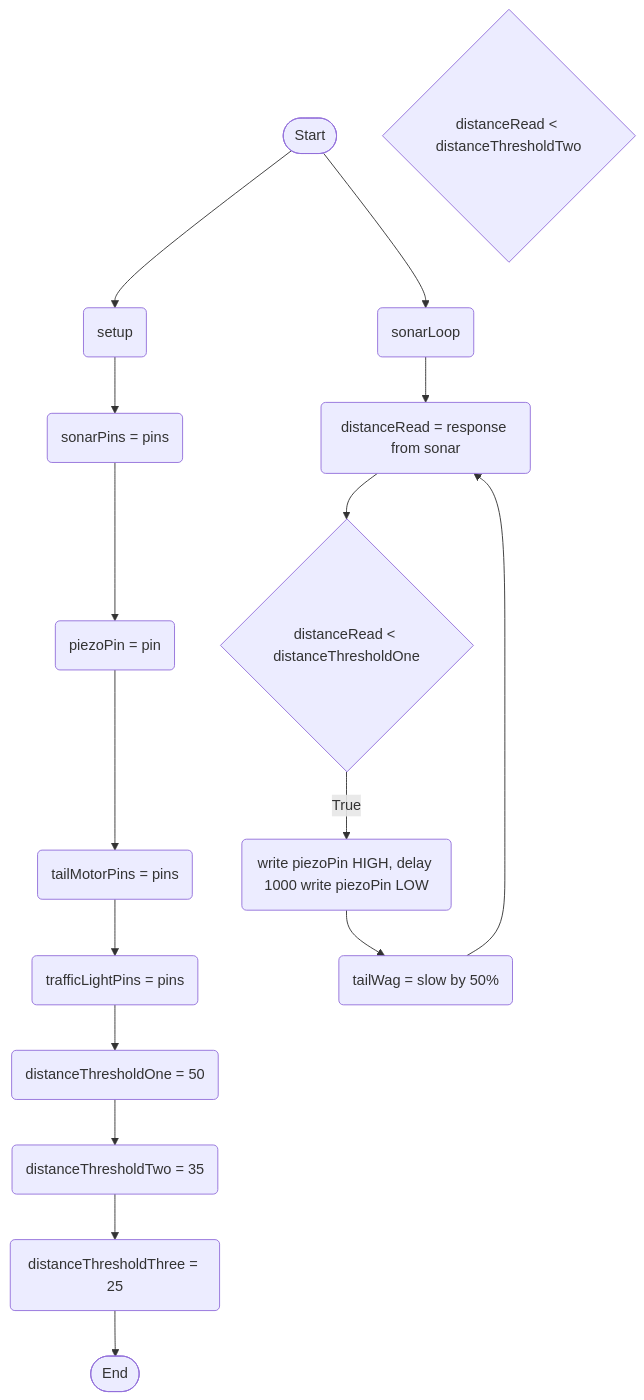
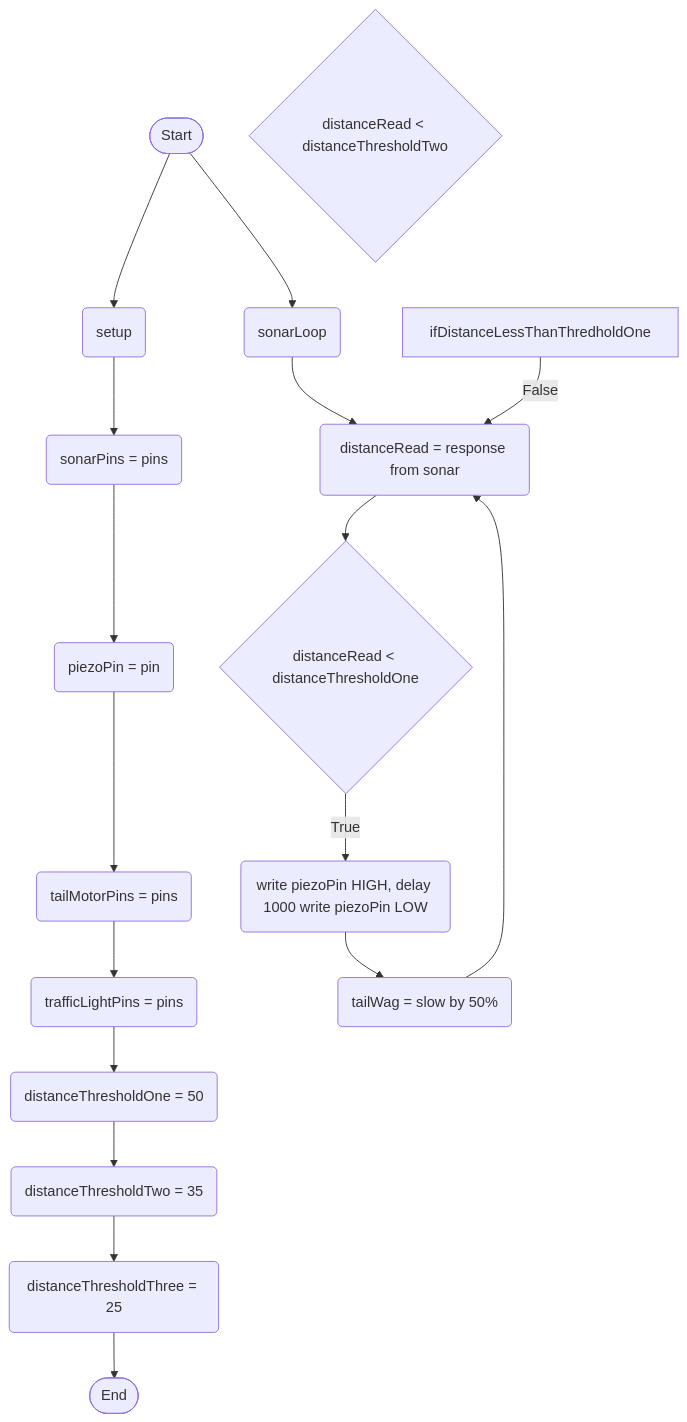
One commit to Deltace05/SmartDog changed the diagram in logic.md. Above: the diagram before and after it, drawn with Mermaid.

````diff
--- a/logic.md
+++ b/logic.md
@@ -1,36 +1,37 @@
 ```mermaid
 flowchart TD
 terminalStart([Start])
 terminalEnd([End])
 setupStart(setup)
 setSonarRead(sonarPins = pins)
 setPiezoPin(piezoPin = pin)
 setTail(tailMotorPins = pins)
 setLight(trafficLightPins = pins)
 thresholdSetOne(distanceThresholdOne = 50)
 thresholdSetTwo(distanceThresholdTwo = 35)
 thresholdSetThree(distanceThresholdThree = 25)
 currentDistanceReading(distanceRead = response from sonar)
 ifDistanceLessThanThresholdOne{distanceRead < distanceThresholdOne}
 ifDistanceLessThanThresholdTwo{distanceRead < distanceThresholdTwo}
 piezoOneBuzz(write piezoPin HIGH, delay 1000 write piezoPin LOW)
 tailSlow(tailWag = slow by 50%)
 sonarStart(sonarLoop)
 
 terminalStart --> setupStart
 setupStart --> setSonarRead
 setSonarRead --> setPiezoPin
 setPiezoPin --> setTail
 setTail --> setLight
 setLight --> thresholdSetOne
 thresholdSetOne --> thresholdSetTwo
 thresholdSetTwo --> thresholdSetThree
 thresholdSetThree --> terminalEnd
 
 terminalStart --> sonarStart
 sonarStart --> currentDistanceReading
 currentDistanceReading --> ifDistanceLessThanThresholdOne
 ifDistanceLessThanThresholdOne --> |True| piezoOneBuzz
 piezoOneBuzz --> tailSlow
 tailSlow --> currentDistanceReading
+ifDistanceLessThanThredholdOne --> |False| currentDistanceReading
 ```
````
